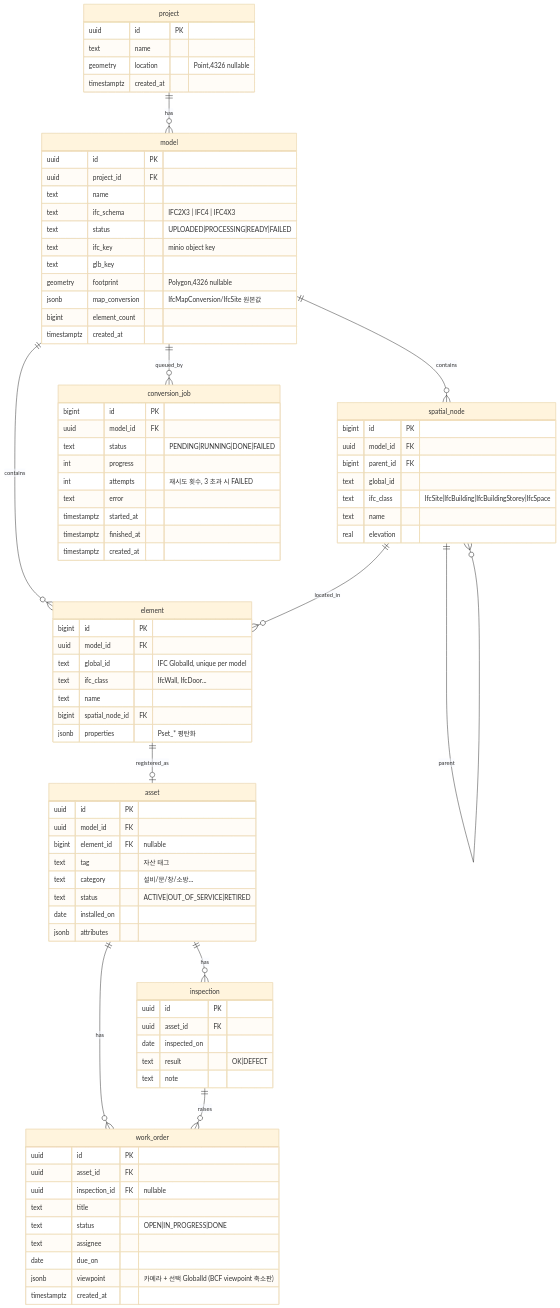
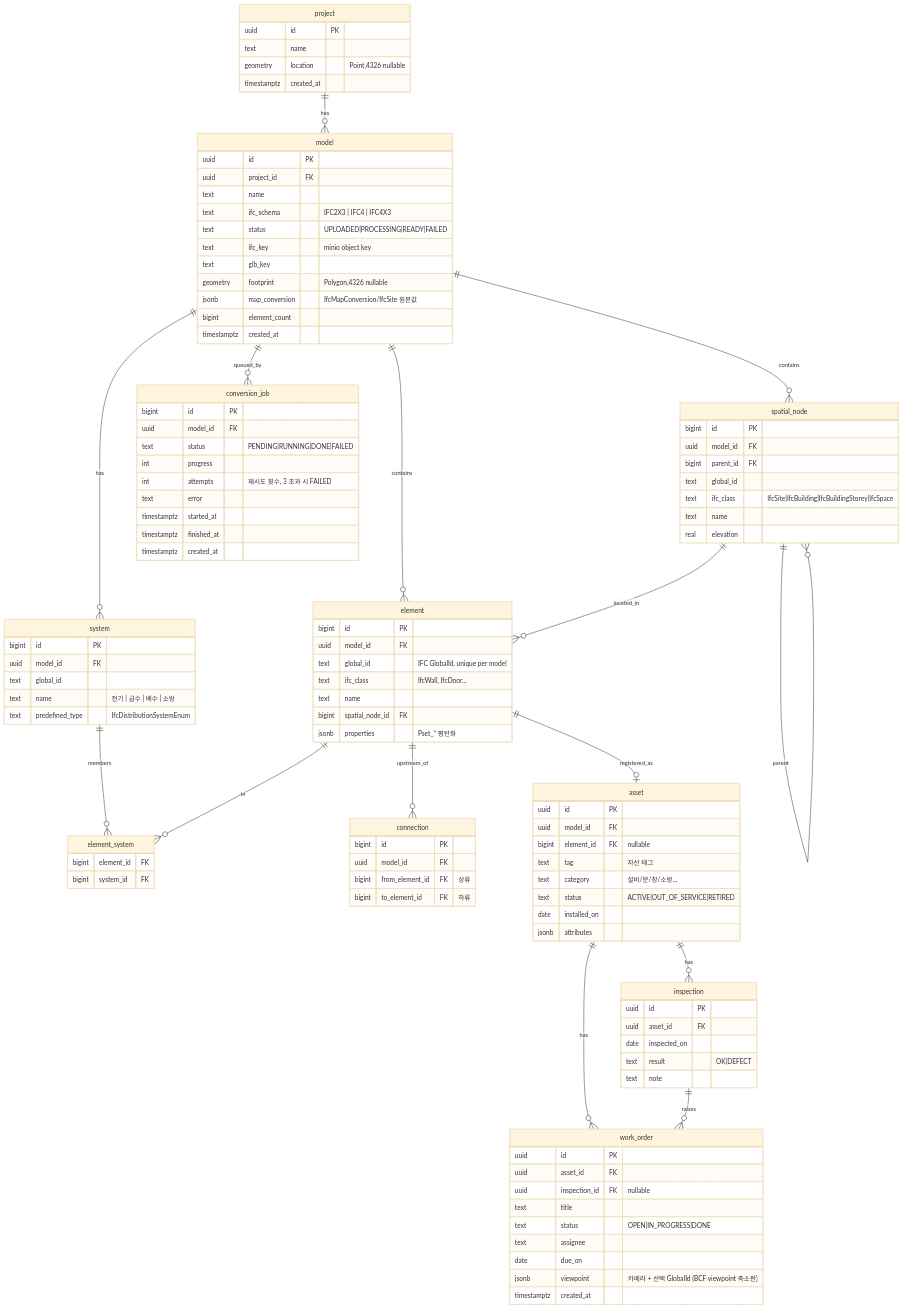
The diagram in docs/02-data-model.md (Gun-stack/bim-platform), drawn with Mermaid (base theme) before and after one commit. The commit also changed other lines of this file and 4 other files, not shown here.

Commit message:
M6-1/2: 가상 건물 MEP IFC 생성기(samples/gen/gen_mep.py — 4계통·흐름 연결·구역), 계통/연결 추출(extract.systems/connections), V2 system·element_system·connection, 문서

```diff
--- a/docs/02-data-model.md
+++ b/docs/02-data-model.md
@@ -5,6 +5,10 @@
   project ||--o{ model : has
   model ||--o{ element : contains
   model ||--o{ spatial_node : contains
+  model ||--o{ system : has
+  system ||--o{ element_system : members
+  element ||--o{ element_system : in
+  element ||--o{ connection : upstream_of
   model ||--o{ conversion_job : queued_by
   spatial_node ||--o{ spatial_node : parent
   spatial_node ||--o{ element : located_in
@@ -50,6 +54,23 @@
     text name
     real elevation
   }
+  system {
+    bigint id PK
+    uuid model_id FK
+    text global_id
+    text name "전기 | 급수 | 배수 | 소방"
+    text predefined_type "IfcDistributionSystemEnum"
+  }
+  element_system {
+    bigint element_id FK
+    bigint system_id FK
+  }
+  connection {
+    bigint id PK
+    uuid model_id FK
+    bigint from_element_id FK "상류"
+    bigint to_element_id FK "하류"
+  }
   conversion_job {
     bigint id PK
     uuid model_id FK
```
